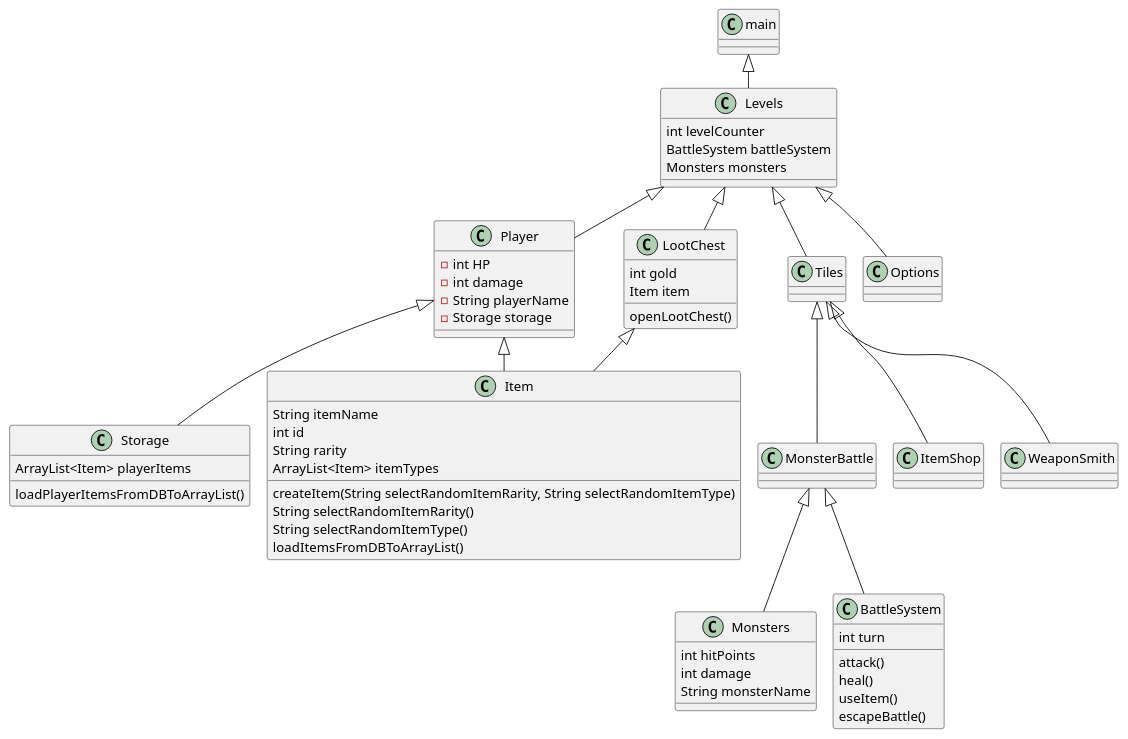
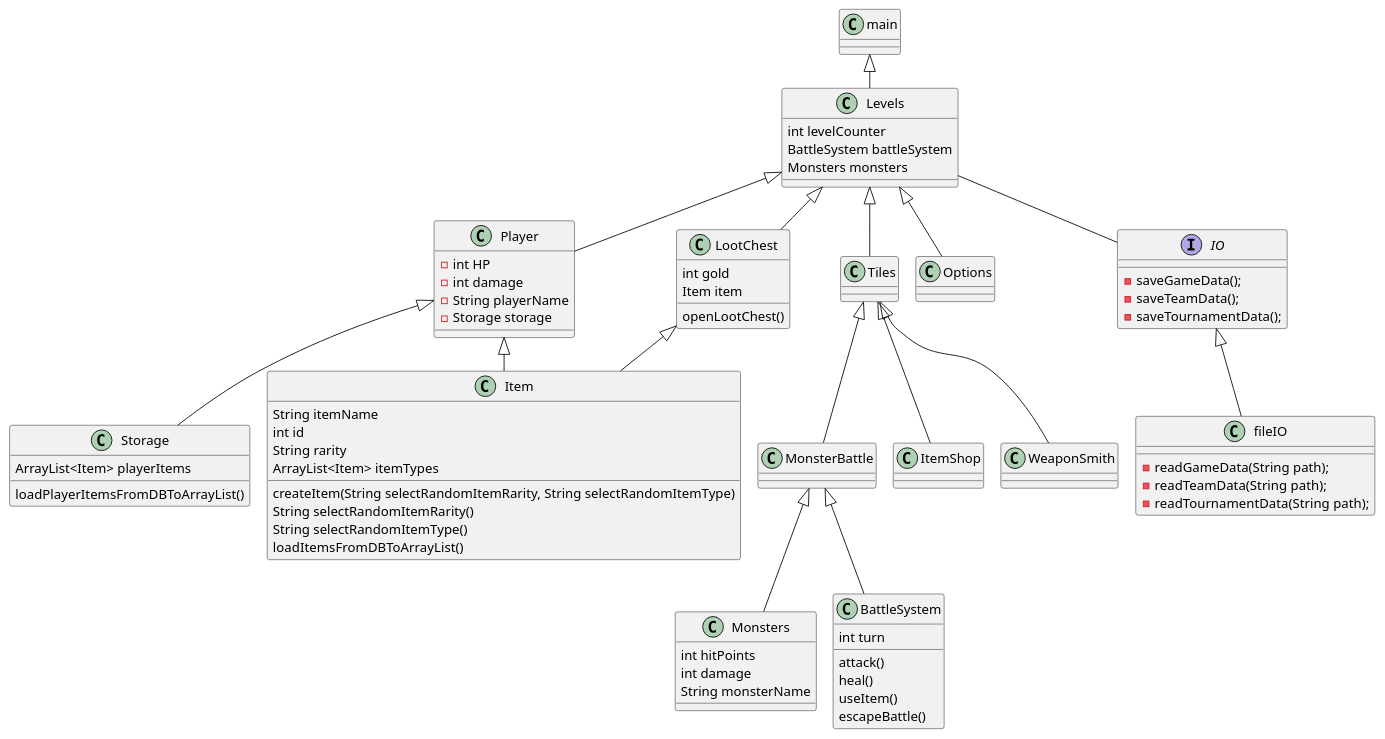
The diagram in src/resources/uml-diagrams/Class-Diagram.puml (AbdullahMarwan/CPH-IceProject-DungeonCrawler), drawn with PlantUML before and after one commit.

Commit message:
Added FileIO to PlantUML

```diff
--- a/src/resources/uml-diagrams/Class-Diagram.puml
+++ b/src/resources/uml-diagrams/Class-Diagram.puml
@@ -1,90 +1,105 @@
 @startuml
 'https://plantuml.com/class-diagram
 
 !pragma layout smetana
 
 class main {
 }
 
 class Player {
 - int HP
 - int damage
 - String playerName
 - Storage storage
 }
 
 class Monsters {
 int hitPoints
 int damage
 String monsterName
 }
 
 class BattleSystem {
 int turn
 
 attack()
 heal()
 useItem()
 escapeBattle()
 }
 
 class Storage {
 ArrayList<Item> playerItems
 
 loadPlayerItemsFromDBToArrayList()
 }
 
 class Levels {
 int levelCounter
 BattleSystem battleSystem
 Monsters monsters
 }
 
 class Item {
 String itemName
 int id
 String rarity
 ArrayList<Item> itemTypes
 
 createItem(String selectRandomItemRarity, String selectRandomItemType)
 String selectRandomItemRarity()
 String selectRandomItemType()
 loadItemsFromDBToArrayList()
 }
 
 class LootChest {
 int gold
 Item item
 
 openLootChest()
 }
 
 class Tiles {
 
 }
 
 class MonsterBattle {
 }
 
 class ItemShop {
 }
 
 class Options {
 }
 
+interface IO {
+    - saveGameData();
+    - saveTeamData();
+    - saveTournamentData();
+
+}
+
+class fileIO {
+    - readGameData(String path);
+    - readTeamData(String path);
+    - readTournamentData(String path);
+}
+
 
 main <|-- Levels
 Levels <|-- Player
 Levels <|-- Options
 Player <|-- Storage
 Player <|-- Item
 LootChest <|-- Item
 Levels <|-- LootChest
 Levels <|-- Tiles
 Tiles <|-- ItemShop
 Tiles <|-- WeaponSmith
 Tiles <|-- MonsterBattle
 MonsterBattle <|-- Monsters
 MonsterBattle <|-- BattleSystem
+IO <|-- fileIO
+Levels -- IO
 
 @enduml
```
